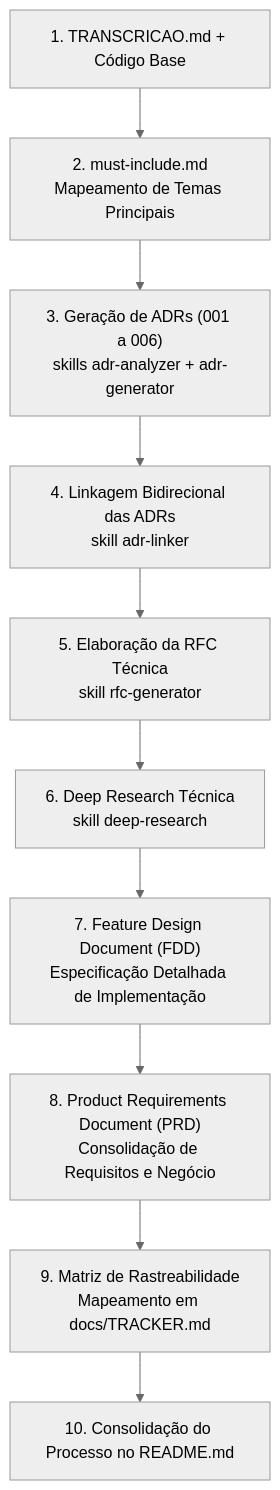
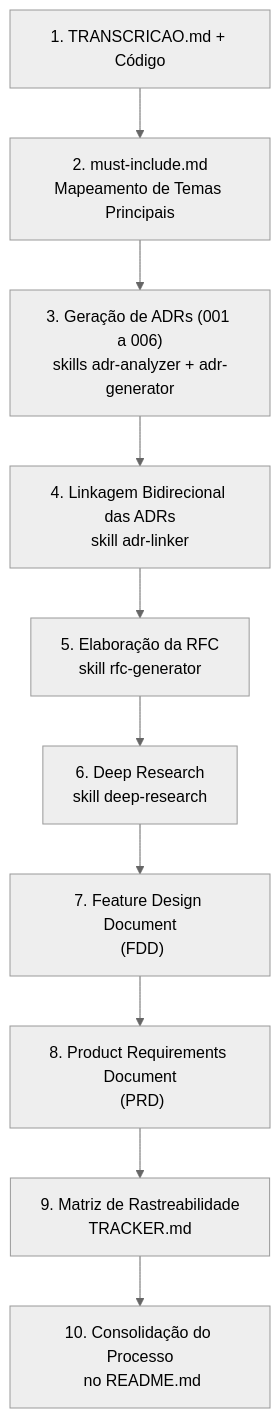
The diagram in README.md (rylphs/mba-ia-desafio-design-docs-com-ia), drawn with Mermaid (neutral theme) before and after one commit. The commit also changed other lines of this file, not shown here.

````diff
--- a/README.md
+++ b/README.md
@@ -36,12 +36,12 @@
 ```mermaid
 flowchart TD
-    TRANS["1. TRANSCRICAO.md + Código Base"] --> MUST["2. must-include.md<br/>Mapeamento de Temas Principais"]
+    TRANS["1. TRANSCRICAO.md + Código"] --> MUST["2. must-include.md<br/>Mapeamento de Temas Principais"]
     MUST --> ADRS["3. Geração de ADRs (001 a 006)<br/>skills adr-analyzer + adr-generator"]
     ADRS --> LINK["4. Linkagem Bidirecional das ADRs<br/>skill adr-linker"]
-    LINK --> RFC["5. Elaboração da RFC Técnica<br/>skill rfc-generator"]
-    RFC --> RESEARCH["6. Deep Research Técnica<br/>skill deep-research"]
-    RESEARCH --> FDD["7. Feature Design Document (FDD)<br/>Especificação Detalhada de Implementação"]
-    FDD --> PRD["8. Product Requirements Document (PRD)<br/>Consolidação de Requisitos e Negócio"]
-    PRD --> TRACKER["9. Matriz de Rastreabilidade<br/>Mapeamento em docs/TRACKER.md"]
-    TRACKER --> README["10. Consolidação do Processo no README.md"]
+    LINK --> RFC["5. Elaboração da RFC<br/>skill rfc-generator"]
+    RFC --> RESEARCH["6. Deep Research<br/>skill deep-research"]
+    RESEARCH --> FDD["7. Feature Design Document<br/> (FDD)"]
+    FDD --> PRD["8. Product Requirements Document<br/> (PRD)"]
+    PRD --> TRACKER["9. Matriz de Rastreabilidade<br/>TRACKER.md"]
+    TRACKER --> README["10. Consolidação do Processo<br/> no README.md"]
 ```
````
